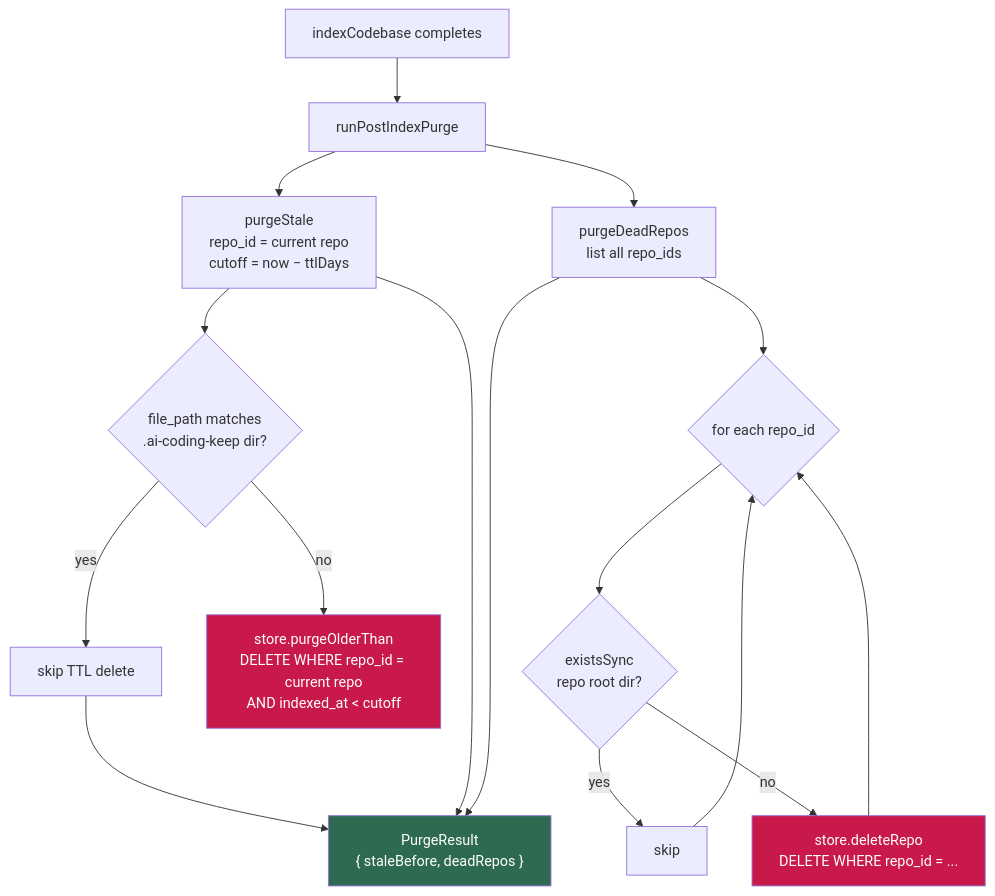
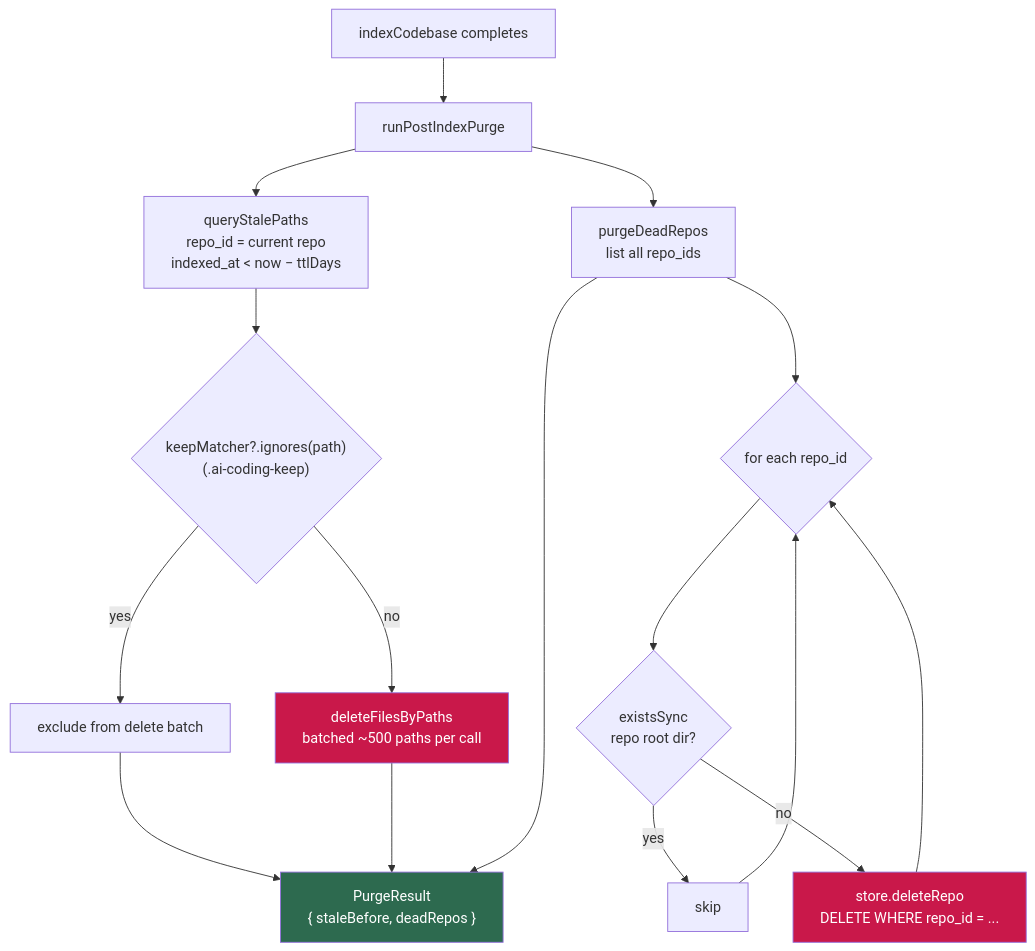
Before and after one commit to vansweej/ai-coding: the ninth of 9 diagrams in docs/codebase-indexer.md, drawn with Mermaid. The commit also changed other lines of this file and 16 other files, not shown here.

First line of the commit message:
feat(codebase): add gitignore-style index filters (.ai-coding-ignore / .ai-coding-keep)

````diff
--- a/docs/codebase-indexer.md
+++ b/docs/codebase-indexer.md
@@ -355,25 +467,25 @@
 ```mermaid
 flowchart TD
     IC[indexCodebase completes] --> PG[runPostIndexPurge]
 
-    PG --> TTL[purgeStale\nrepo_id = current repo\ncutoff = now − ttlDays]
-    TTL --> EXEMPT{file_path matches\n.ai-coding-keep dir?}
-    EXEMPT -->|yes| KEEP_TTL[skip TTL delete]
-    EXEMPT -->|no| DEL1["store.purgeOlderThan\nDELETE WHERE repo_id = current repo\nAND indexed_at < cutoff"]
+    PG --> QS["queryStalePaths\nrepo_id = current repo\nindexed_at < now − ttlDays"]
+    QS --> EXEMPT{"keepMatcher?.ignores(path)\n(.ai-coding-keep)"}
+    EXEMPT -->|yes| KEEP_TTL[exclude from delete batch]
+    EXEMPT -->|no| DEL1["deleteFilesByPaths\nbatched ~500 paths per call"]
 
     PG --> DEAD[purgeDeadRepos\nlist all repo_ids]
     DEAD --> LOOP{for each repo_id}
     LOOP --> EXISTS{existsSync\nrepo root dir?}
     EXISTS -->|yes| KEEP[skip]
     EXISTS -->|no| DEL2["store.deleteRepo\nDELETE WHERE repo_id = ..."]
     DEL2 --> LOOP
     KEEP --> LOOP
     KEEP_TTL --> RESULT
 
-    TTL --> RESULT["PurgeResult\n{ staleBefore, deadRepos }"]
+    DEL1 --> RESULT["PurgeResult\n{ staleBefore, deadRepos }"]
     DEAD --> RESULT
 
     style DEL1 fill:#c9184a,color:#fff
     style DEL2 fill:#c9184a,color:#fff
     style RESULT fill:#2d6a4f,color:#fff
 ```
````
